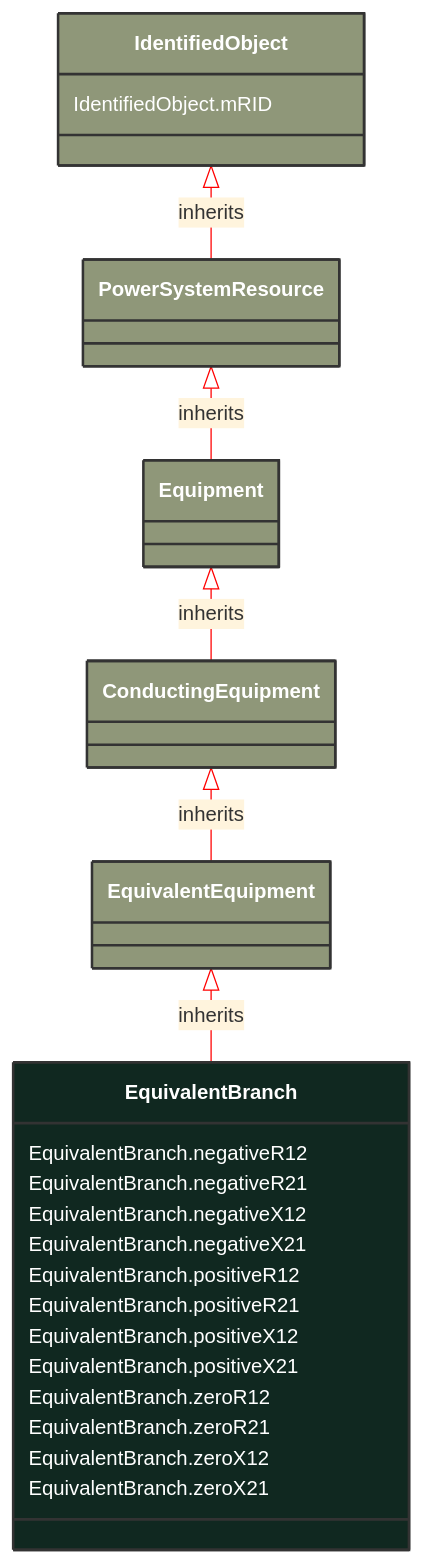
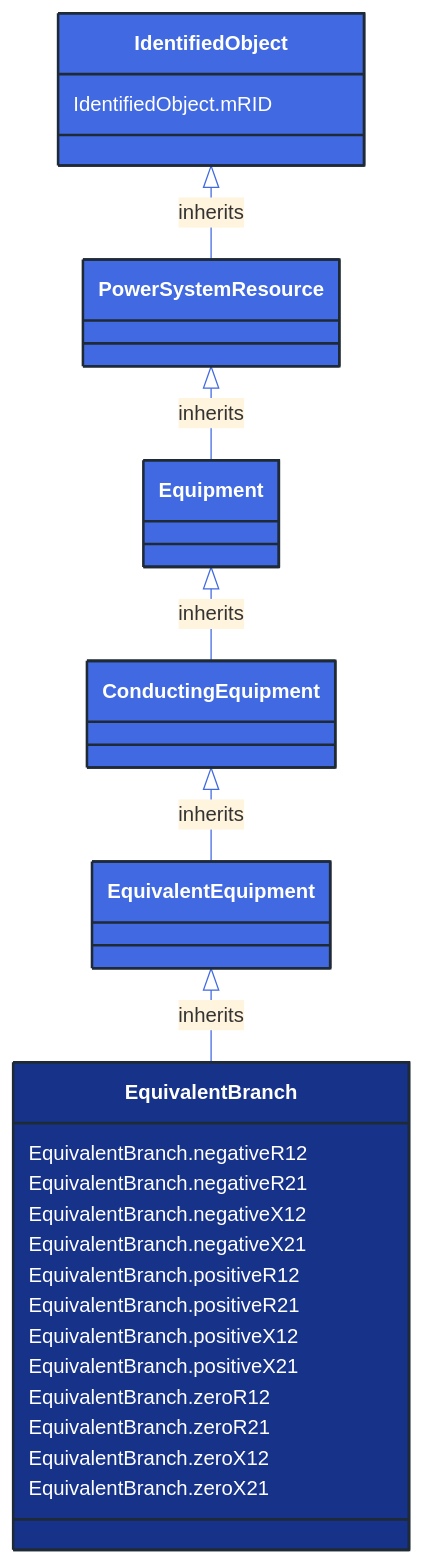
Before and after one commit to 3lbits/NoCIMExtensions: the diagram in docs/Models/Profiles/ShortCircuit/ConcreteClasses/EquivalentBranch.md, drawn with Mermaid. The commit also changed 362 other files, not shown here.

First line of the commit message:
Update diagrams and styles for improved visual consistency

````diff
--- a/docs/Models/Profiles/ShortCircuit/ConcreteClasses/EquivalentBranch.md
+++ b/docs/Models/Profiles/ShortCircuit/ConcreteClasses/EquivalentBranch.md
@@ -8,43 +8,43 @@
 ```mermaid
-%%{init: {'theme':'base','themeVariables': {'lineColor': '#FF0000'}}}%%
+%%{init: {'theme':'base','themeVariables': {'lineColor': '#4169E1'}}}%%
 classDiagram
     class EquivalentBranch
     click EquivalentBranch href "/Models/Profiles/ShortCircuit/ConcreteClasses/EquivalentBranch/"
-    style EquivalentBranch fill:#102820,stroke:#333,stroke-width:2px,rx:10,ry:10,color:white
+    style EquivalentBranch fill:#163289,stroke:#1F2A37,stroke-width:2px,rx:10,ry:10,color:white
      
         EquivalentEquipment <|-- EquivalentBranch : inherits
             click EquivalentEquipment href "/Models/Profiles/ShortCircuit/AbstractClasses/EquivalentEquipment/"
-            style EquivalentEquipment fill:#8F9779,stroke:#333,stroke-width:2px,rx:10,ry:10,color:white
+            style EquivalentEquipment fill:#4169E1,stroke:#1F2A37,stroke-width:2px,rx:10,ry:10,color:white
      
         ConductingEquipment <|-- EquivalentEquipment : inherits
             click ConductingEquipment href "/Models/Profiles/ShortCircuit/AbstractClasses/ConductingEquipment/"
-            style ConductingEquipment fill:#8F9779,stroke:#333,stroke-width:2px,rx:10,ry:10,color:white
+            style ConductingEquipment fill:#4169E1,stroke:#1F2A37,stroke-width:2px,rx:10,ry:10,color:white
      
         Equipment <|-- ConductingEquipment : inherits
             click Equipment href "/Models/Profiles/ShortCircuit/AbstractClasses/Equipment/"
-            style Equipment fill:#8F9779,stroke:#333,stroke-width:2px,rx:10,ry:10,color:white
+            style Equipment fill:#4169E1,stroke:#1F2A37,stroke-width:2px,rx:10,ry:10,color:white
      
         PowerSystemResource <|-- Equipment : inherits
             click PowerSystemResource href "/Models/Profiles/ShortCircuit/AbstractClasses/PowerSystemResource/"
-            style PowerSystemResource fill:#8F9779,stroke:#333,stroke-width:2px,rx:10,ry:10,color:white
+            style PowerSystemResource fill:#4169E1,stroke:#1F2A37,stroke-width:2px,rx:10,ry:10,color:white
      
         IdentifiedObject <|-- PowerSystemResource : inherits
             click IdentifiedObject href "/Models/Profiles/ShortCircuit/AbstractClasses/IdentifiedObject/"
-            style IdentifiedObject fill:#8F9779,stroke:#333,stroke-width:2px,rx:10,ry:10,color:white
+            style IdentifiedObject fill:#4169E1,stroke:#1F2A37,stroke-width:2px,rx:10,ry:10,color:white
 
 
 
         EquivalentBranch : EquivalentBranch.negativeR12
         EquivalentBranch : EquivalentBranch.negativeR21
         EquivalentBranch : EquivalentBranch.negativeX12
         EquivalentBranch : EquivalentBranch.negativeX21
         EquivalentBranch : EquivalentBranch.positiveR12
         EquivalentBranch : EquivalentBranch.positiveR21
         EquivalentBranch : EquivalentBranch.positiveX12
         EquivalentBranch : EquivalentBranch.positiveX21
         EquivalentBranch : EquivalentBranch.zeroR12
         EquivalentBranch : EquivalentBranch.zeroR21
         EquivalentBranch : EquivalentBranch.zeroX12
         EquivalentBranch : EquivalentBranch.zeroX21
         IdentifiedObject : IdentifiedObject.mRID
 ```
````
